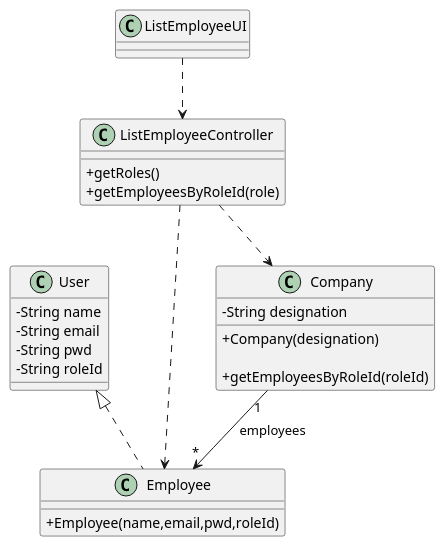
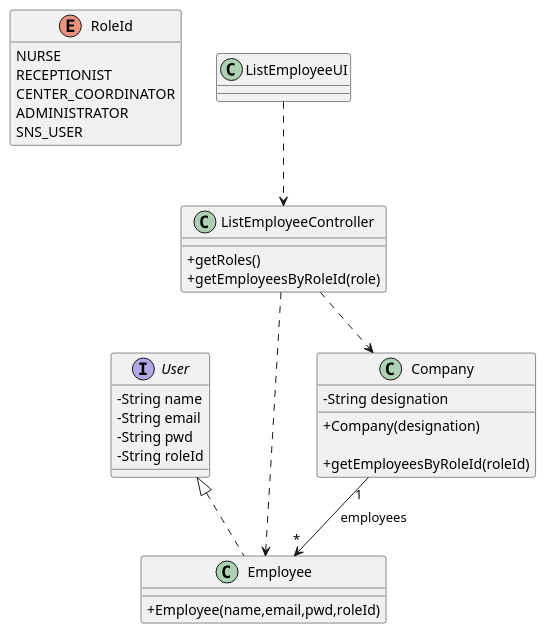
The diagram in docs/SprintB/US11/CD/US11_CD.puml (miseEnPlace-i/lapr2), drawn with PlantUML before and after one commit. The commit also changed 3 other files, not shown here.

Commit message:
docs(US11): added user roles enum

```diff
--- a/docs/SprintB/US11/CD/US11_CD.puml
+++ b/docs/SprintB/US11/CD/US11_CD.puml
@@ -1,36 +1,47 @@
 @startuml
 skinparam classAttributeIconSize 0
 
-class User {
+hide RoleId methods
+
+interface User {
   - String name
   - String email
   - String pwd
   - String roleId
 }
 
 class Employee {
   +Employee(name,email,pwd,roleId)
 }
 
 class Company {
   -String designation
   +Company(designation)
 
   +getEmployeesByRoleId(roleId)
 }
 
 class ListEmployeeController {
   +getRoles()
   +getEmployeesByRoleId(role)
 }
 
 class ListEmployeeUI {}
 
+enum RoleId {
+  NURSE
+  RECEPTIONIST
+  CENTER_COORDINATOR
+  ADMINISTRATOR
+  SNS_USER
+}
+
 ListEmployeeUI ..> ListEmployeeController
 ListEmployeeController ..> Employee
 ListEmployeeController ..> Company
+
 Company "1" --> "*" Employee : employees
 
 User <|.. Employee 
 
 @enduml
```
